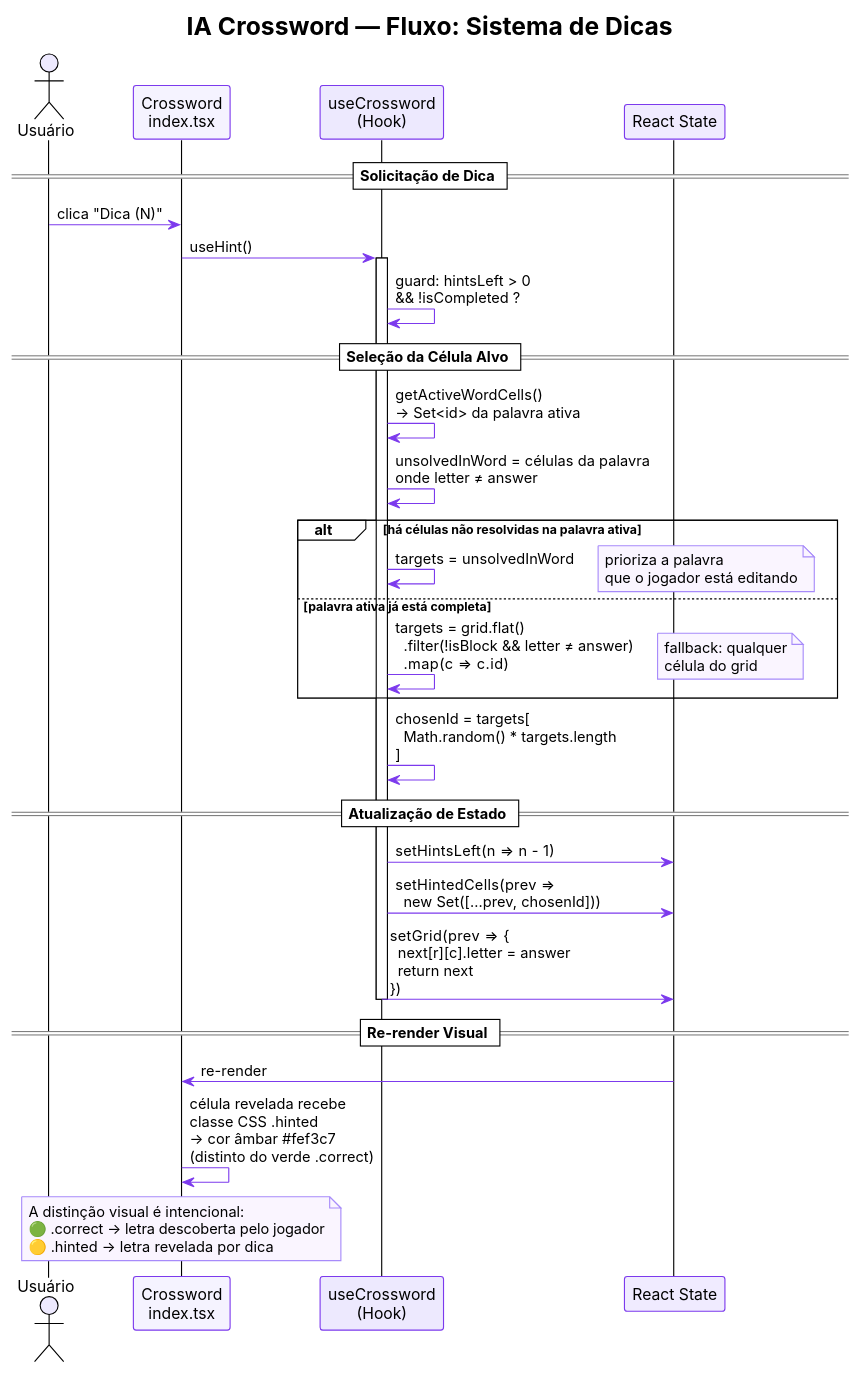
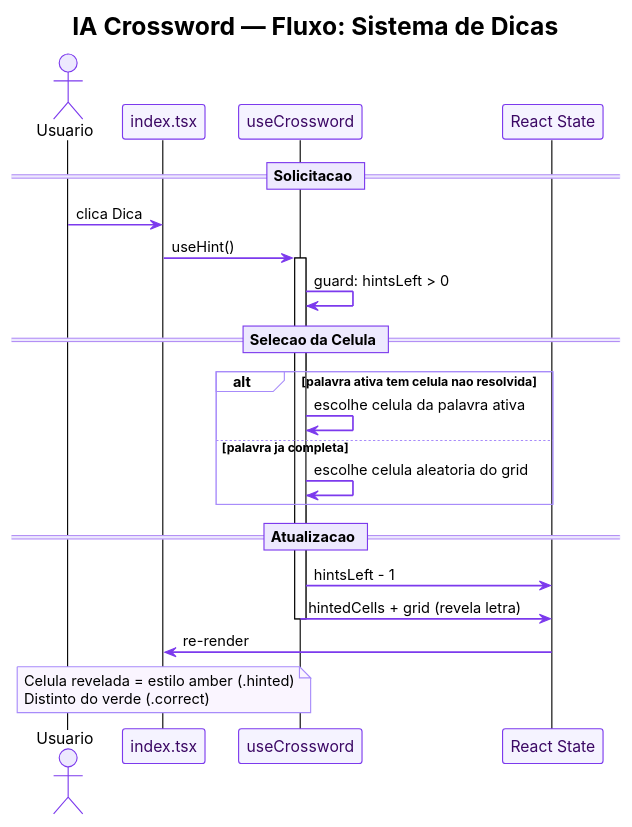
The third of 5 diagrams in diagrama.puml (cassiocostadgs/gameWord), drawn with PlantUML before and after one commit. The commit also changed other lines of this file and 1 other file, not shown here.

```diff
--- a/diagrama.puml
+++ b/diagrama.puml
@@ -165,62 +144,62 @@
 @startuml FluxoDica
 
 title IA Crossword — Fluxo: Sistema de Dicas
 
 !theme plain
 skinparam defaultFontName Inter
 skinparam ArrowColor #7C3AED
-skinparam ParticipantBorderColor #7C3AED
-skinparam ParticipantBackgroundColor #FDFBFF
-skinparam SequenceBoxBorderColor #C4B5FD
-skinparam SequenceBoxBackgroundColor #F5F3FF
-skinparam NoteBackgroundColor #FAF5FF
-skinparam NoteBorderColor #A78BFA
+skinparam ArrowThickness 1.5
 
-actor "Usuário" as User #EDE9FE
-participant "Crossword\nindex.tsx" as UI #F5F3FF
-participant "useCrossword\n(Hook)" as Hook #EDE9FE
-participant "React State" as State #F0EBFF
+skinparam participant {
+  BorderColor #7C3AED
+  BackgroundColor #F5F3FF
+  FontColor #3B0764
+}
 
-== Solicitação de Dica ==
+skinparam actor {
+  BorderColor #7C3AED
+  BackgroundColor #EDE9FE
+}
 
-User -> UI : clica "Dica (N)"
-UI -> Hook : useHint()
+skinparam sequence {
+  DividerBackgroundColor #EDE9FE
+  DividerBorderColor #7C3AED
+  GroupBorderColor #A78BFA
+}
+
+skinparam note {
+  BackgroundColor #FAF5FF
+  BorderColor #A78BFA
+}
+
+actor       "Usuario"      as User
+participant "index.tsx"    as UI
+participant "useCrossword" as Hook
+participant "React State"  as State
+
+== Solicitacao ==
+User -> UI   : clica Dica
+UI   -> Hook : useHint()
 activate Hook
+Hook -> Hook : guard: hintsLeft > 0
 
-Hook -> Hook : guard: hintsLeft > 0\n&& !isCompleted ?
-
-== Seleção da Célula Alvo ==
-
-Hook -> Hook : getActiveWordCells()\n→ Set<id> da palavra ativa
-
-Hook -> Hook : unsolvedInWord = células da palavra\nonde letter ≠ answer
-
-alt há células não resolvidas na palavra ativa
-  Hook -> Hook : targets = unsolvedInWord
-  note right : prioriza a palavra\nque o jogador está editando
-else palavra ativa já está completa
-  Hook -> Hook : targets = grid.flat()\n  .filter(!isBlock && letter ≠ answer)\n  .map(c => c.id)
-  note right : fallback: qualquer\ncélula do grid
+== Selecao da Celula ==
+alt palavra ativa tem celula nao resolvida
+  Hook -> Hook : escolhe celula da palavra ativa
+else palavra ja completa
+  Hook -> Hook : escolhe celula aleatoria do grid
 end
 
-Hook -> Hook : chosenId = targets[\n  Math.random() * targets.length\n]
-
-== Atualização de Estado ==
-
-Hook -> State : setHintsLeft(n => n - 1)
-Hook -> State : setHintedCells(prev =>\n  new Set([...prev, chosenId]))
-Hook -> State : setGrid(prev => {\n  next[r][c].letter = answer\n  return next\n})
+== Atualizacao ==
+Hook -> State : hintsLeft - 1
+Hook -> State : hintedCells + grid (revela letra)
 deactivate Hook
 
-== Re-render Visual ==
-
 State -> UI : re-render
-UI -> UI : célula revelada recebe\nclasse CSS .hinted\n→ cor âmbar #fef3c7\n(distinto do verde .correct)
 
 note over UI
-  A distinção visual é intencional:
-  🟢 .correct  → letra descoberta pelo jogador
-  🟡 .hinted   → letra revelada por dica
+  Celula revelada = estilo amber (.hinted)
+  Distinto do verde (.correct)
 end note
 
 @enduml
```
